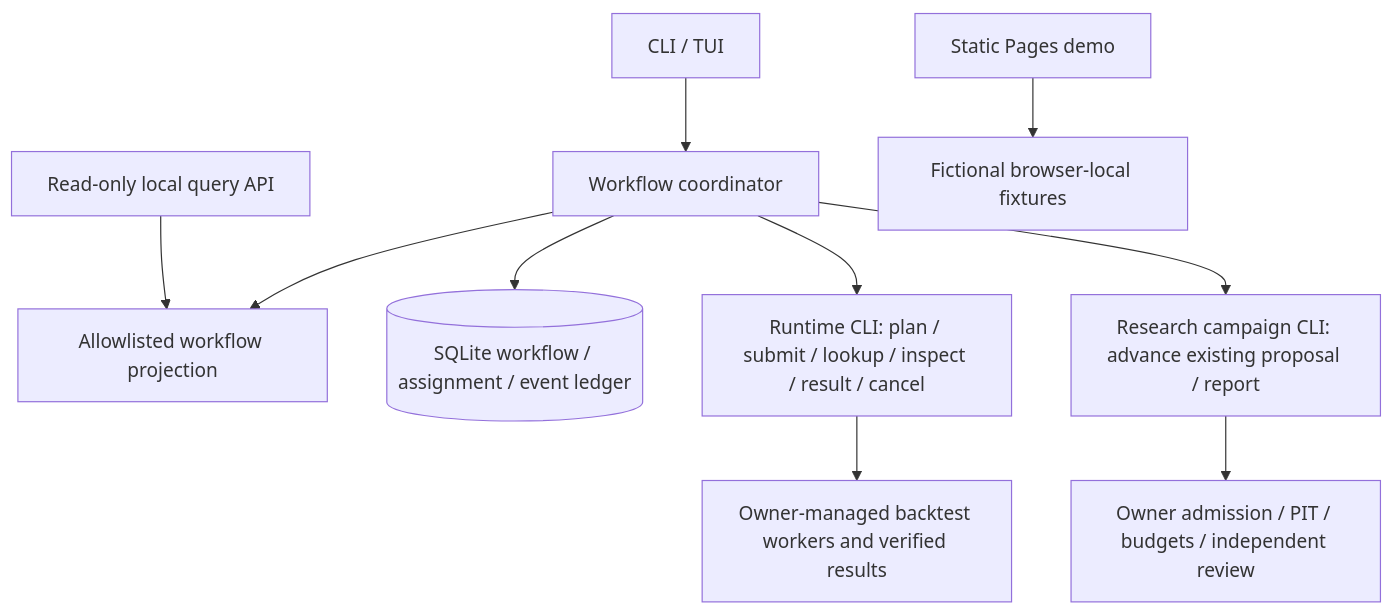
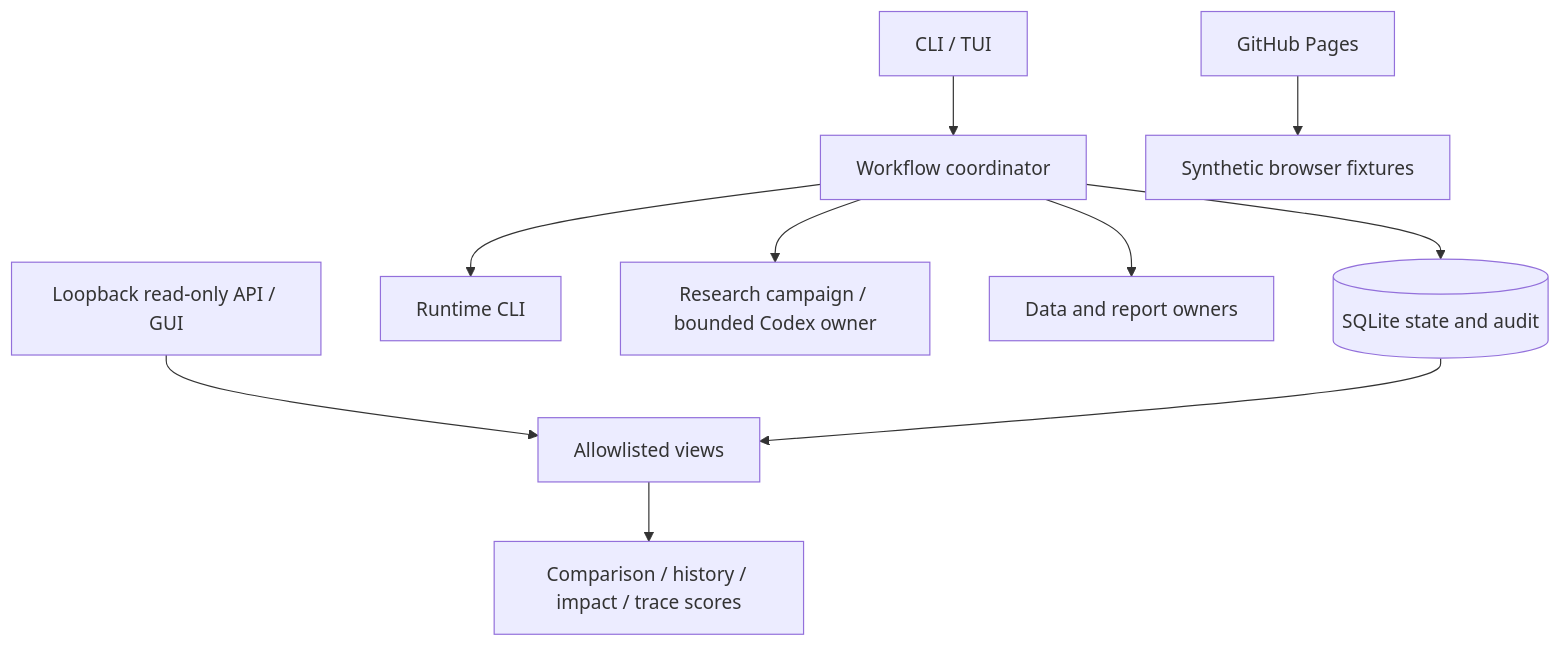
The diagram in docs/architecture.md (runchengxie/quant-task-orchestrator), drawn with Mermaid before and after one commit. The commit also changed other lines of this file and 43 other files, not shown here.

Commit message:
feat: add scoped evidence and read-only research insights

````diff
--- a/docs/architecture.md
+++ b/docs/architecture.md
@@ -7,12 +9,12 @@
 ```mermaid
 flowchart TD
   CLI[CLI / TUI] --> C[Workflow coordinator]
-  API[Read-only local query API] --> V[Allowlisted workflow projection]
-  C --> V
-  C --> S[(SQLite workflow / assignment / event ledger)]
-  C --> R[Runtime CLI: plan / submit / lookup / inspect / result / cancel]
-  C --> Q[Research campaign CLI: advance existing proposal / report]
-  R --> B[Owner-managed backtest workers and verified results]
-  Q --> E[Owner admission / PIT / budgets / independent review]
-  P[Static Pages demo] --> D[Fictional browser-local fixtures]
+  C --> S[(SQLite state and audit)]
+  C --> R[Runtime CLI]
+  C --> Q[Research campaign / bounded Codex owner]
+  C --> D[Data and report owners]
+  API[Loopback read-only API / GUI] --> V[Allowlisted views]
+  S --> V
+  V --> I[Comparison / history / impact / trace scores]
+  P[GitHub Pages] --> F[Synthetic browser fixtures]
 ```
````
